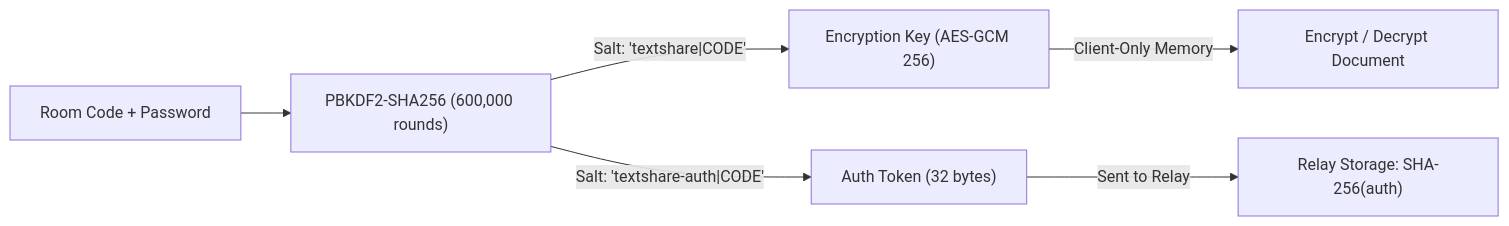
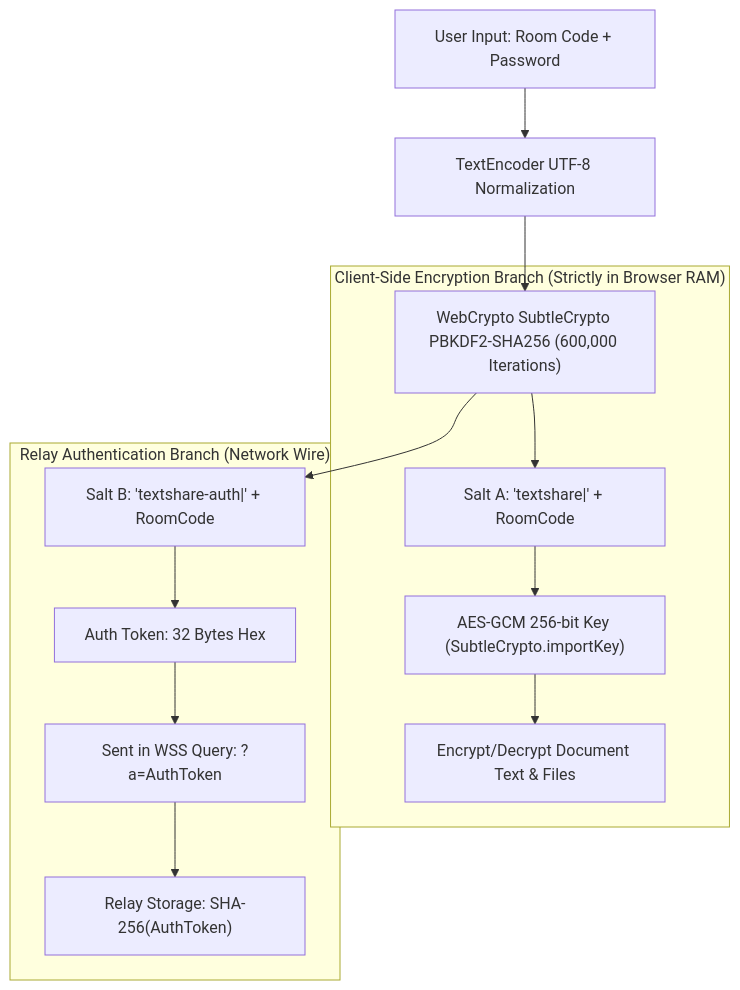
Before and after one commit to AvishkarKedar/textshare: the fourth of 4 diagrams in Architecture.md, drawn with Mermaid. The commit also changed other lines of this file and 5 other files, not shown here.

Commit message:
docs: expand PRD, Architecture, rules, design, tasks, and memory documentation to 5x minute detail

````diff
--- a/Architecture.md
+++ b/Architecture.md
@@ -126,8 +213,20 @@
 ```mermaid
-graph LR
-    Input["Room Code + Password"] --> PBKDF2["PBKDF2-SHA256 (600,000 rounds)"]
-    PBKDF2 -->|"Salt: 'textshare|CODE'"| Key["Encryption Key (AES-GCM 256)"]
-    PBKDF2 -->|"Salt: 'textshare-auth|CODE'"| Auth["Auth Token (32 bytes)"]
-    Key -->|"Client-Only Memory"| LocalCrypto["Encrypt / Decrypt Document"]
-    Auth -->|"Sent to Relay"| RelayAuth["Relay Storage: SHA-256(auth)"]
+graph TD
+    UserSecret["User Input: Room Code + Password"] --> Normalize["TextEncoder UTF-8 Normalization"]
+    Normalize --> PBKDF2["WebCrypto SubtleCrypto PBKDF2-SHA256 (600,000 Iterations)"]
+    
+    subgraph KeyDerivationBranch ["Client-Side Encryption Branch (Strictly in Browser RAM)"]
+        Salt1["Salt A: 'textshare|' + RoomCode"]
+        PBKDF2 --> Salt1
+        Salt1 --> AESKey["AES-GCM 256-bit Key (SubtleCrypto.importKey)"]
+        AESKey --> Encryptor["Encrypt/Decrypt Document Text & Files"]
+    end
+
+    subgraph AuthDerivationBranch ["Relay Authentication Branch (Network Wire)"]
+        Salt2["Salt B: 'textshare-auth|' + RoomCode"]
+        PBKDF2 --> Salt2
+        Salt2 --> AuthToken["Auth Token: 32 Bytes Hex"]
+        AuthToken --> SendWire["Sent in WSS Query: ?a=AuthToken"]
+        SendWire --> RelayHash["Relay Storage: SHA-256(AuthToken)"]
+    end
 ```
````
